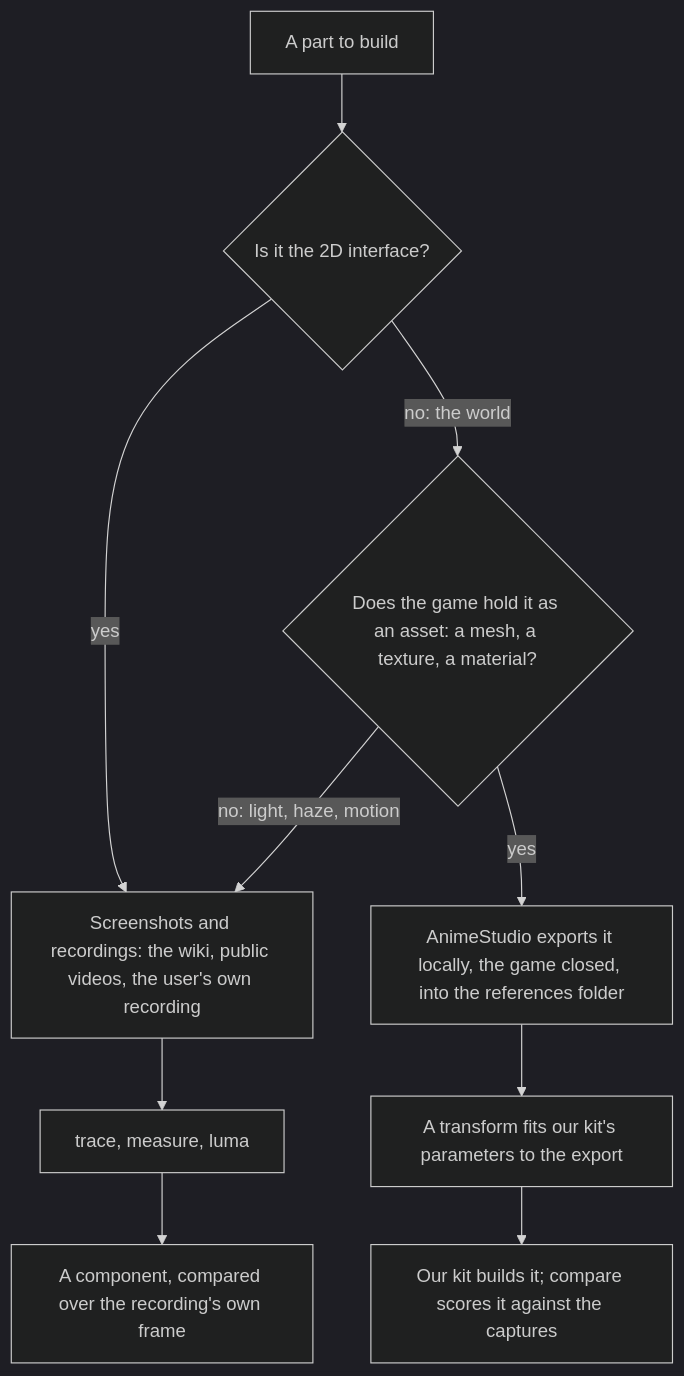
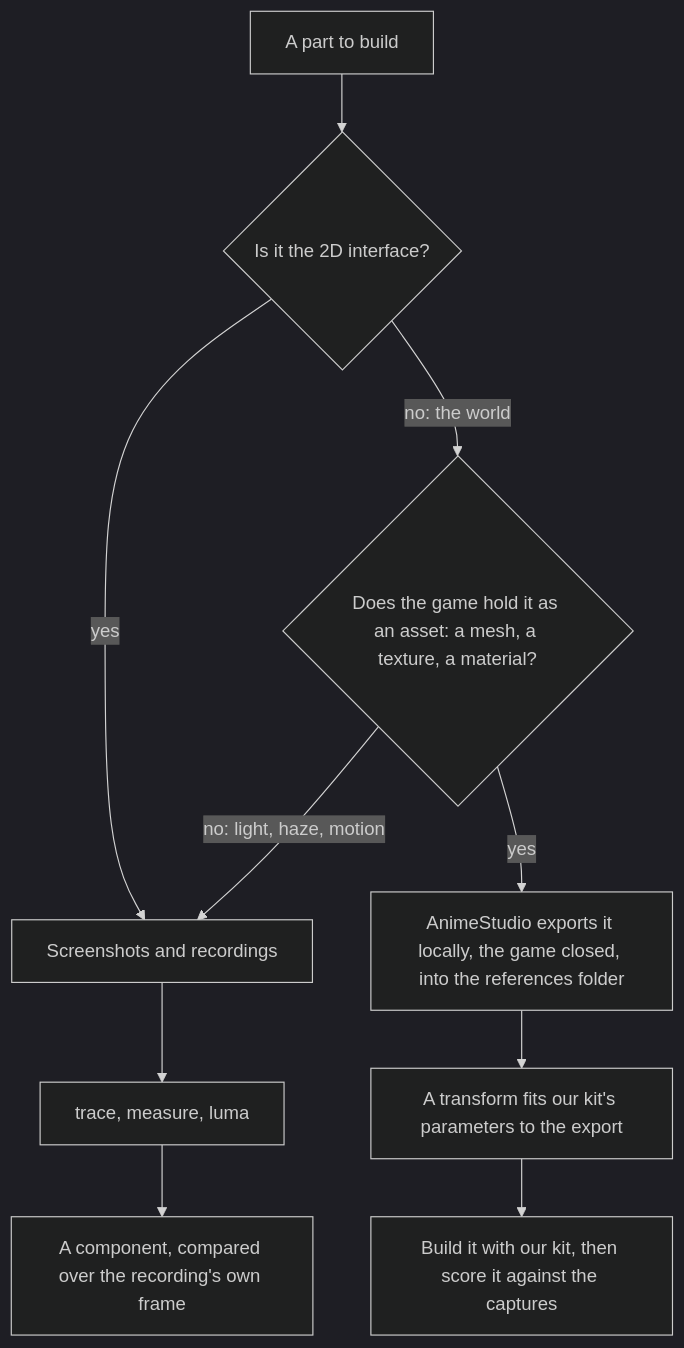
One commit to Esposter/Esposter changed the first of 2 diagrams in openspec/specs/genshin/derived-assets/design.md. Above: the diagram before and after it, drawn with Mermaid (dark theme). The commit also changed other lines of this file and 5 other files, not shown here.

````diff
--- a/openspec/specs/genshin/derived-assets/design.md
+++ b/openspec/specs/genshin/derived-assets/design.md
@@ -7,12 +7,12 @@
 ```mermaid
 flowchart TD
   P[A part to build] --> I{Is it the 2D interface?}
-  I -->|yes| S[Screenshots and recordings: the wiki, public videos, the user's own recording]
+  I -->|yes| S[Screenshots and recordings]
   S --> T[trace, measure, luma]
   T --> C1[A component, compared over the recording's own frame]
   I -->|"no: the world"| G{Does the game hold it as an asset: a mesh, a texture, a material?}
   G -->|yes| X[AnimeStudio exports it locally, the game closed, into the references folder]
   X --> F[A transform fits our kit's parameters to the export]
-  F --> C2[Our kit builds it; compare scores it against the captures]
+  F --> C2["Build it with our kit, then score it against the captures"]
   G -->|"no: light, haze, motion"| S
 ```
````
